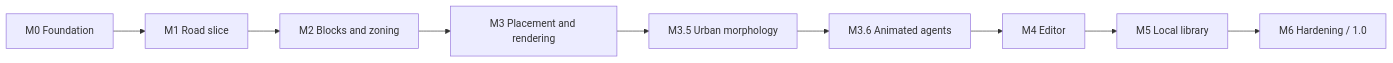
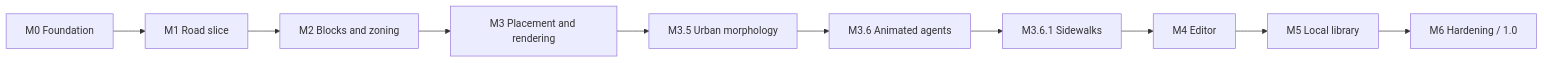
The diagram in docs/ROADMAP.md (Canni-DEV/city), drawn with Mermaid before and after one commit. The commit also changed other lines of this file and 48 other files, not shown here.

````diff
--- a/docs/ROADMAP.md
+++ b/docs/ROADMAP.md
@@ -3,4 +3,4 @@
 ```mermaid
 flowchart LR
-  M0["M0 Foundation"] --> M1["M1 Road slice"] --> M2["M2 Blocks and zoning"] --> M3["M3 Placement and rendering"] --> M35["M3.5 Urban morphology"] --> M36["M3.6 Animated agents"] --> M4["M4 Editor"] --> M5["M5 Local library"] --> M6["M6 Hardening / 1.0"]
+  M0["M0 Foundation"] --> M1["M1 Road slice"] --> M2["M2 Blocks and zoning"] --> M3["M3 Placement and rendering"] --> M35["M3.5 Urban morphology"] --> M36["M3.6 Animated agents"] --> M361["M3.6.1 Sidewalks"] --> M4["M4 Editor"] --> M5["M5 Local library"] --> M6["M6 Hardening / 1.0"]
 ```
````
